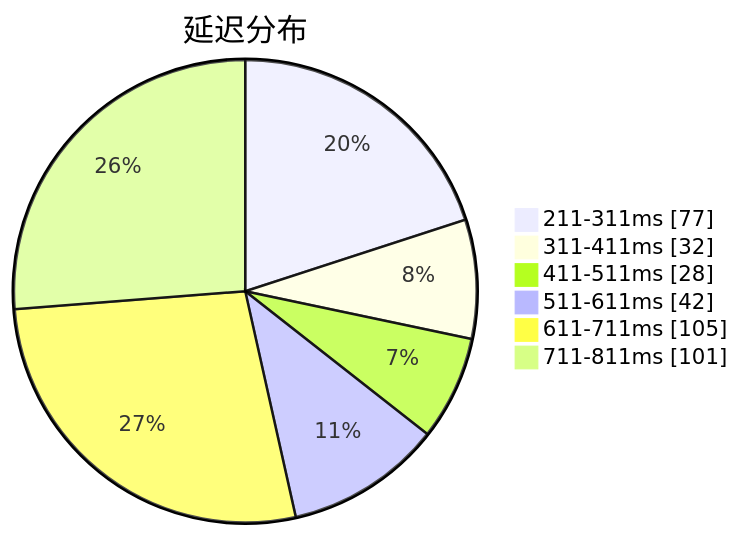
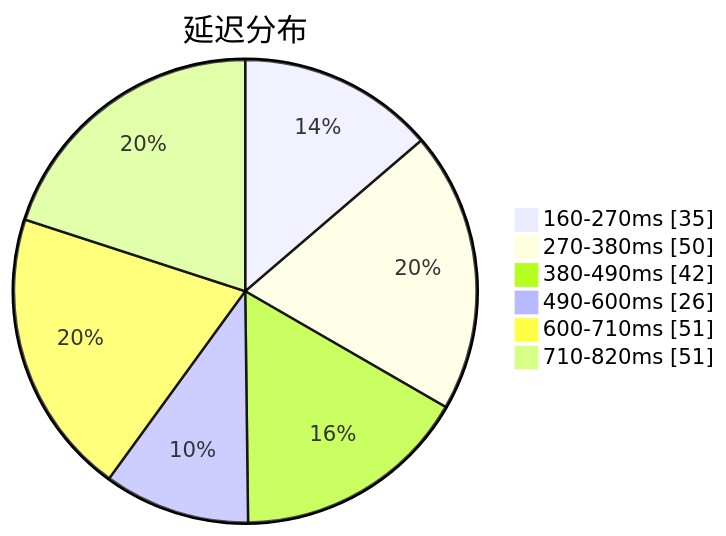
Before and after one commit to qjlxg/airport: the first of 3 diagrams in subs/statistics/tested_within.md, drawn with Mermaid. The commit also changed other lines of this file and 2 other files, not shown here.

````diff
--- a/subs/statistics/tested_within.md
+++ b/subs/statistics/tested_within.md
@@ -2,10 +2,10 @@
 ```mermaid
 pie showData
 title 延迟分布
-"211-311ms" : 77
-"311-411ms" : 32
-"411-511ms" : 28
-"511-611ms" : 42
-"611-711ms" : 105
-"711-811ms" : 101
+"160-270ms" : 35
+"270-380ms" : 50
+"380-490ms" : 42
+"490-600ms" : 26
+"600-710ms" : 51
+"710-820ms" : 51
 ```
````
